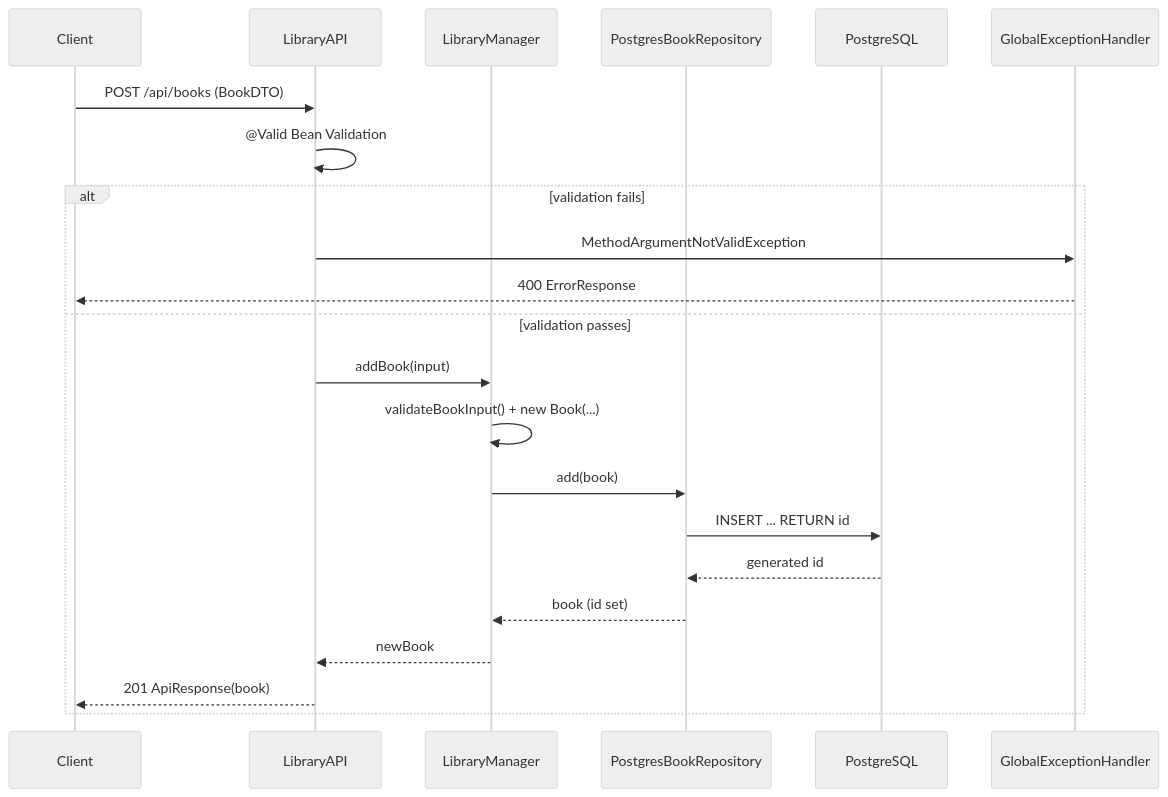
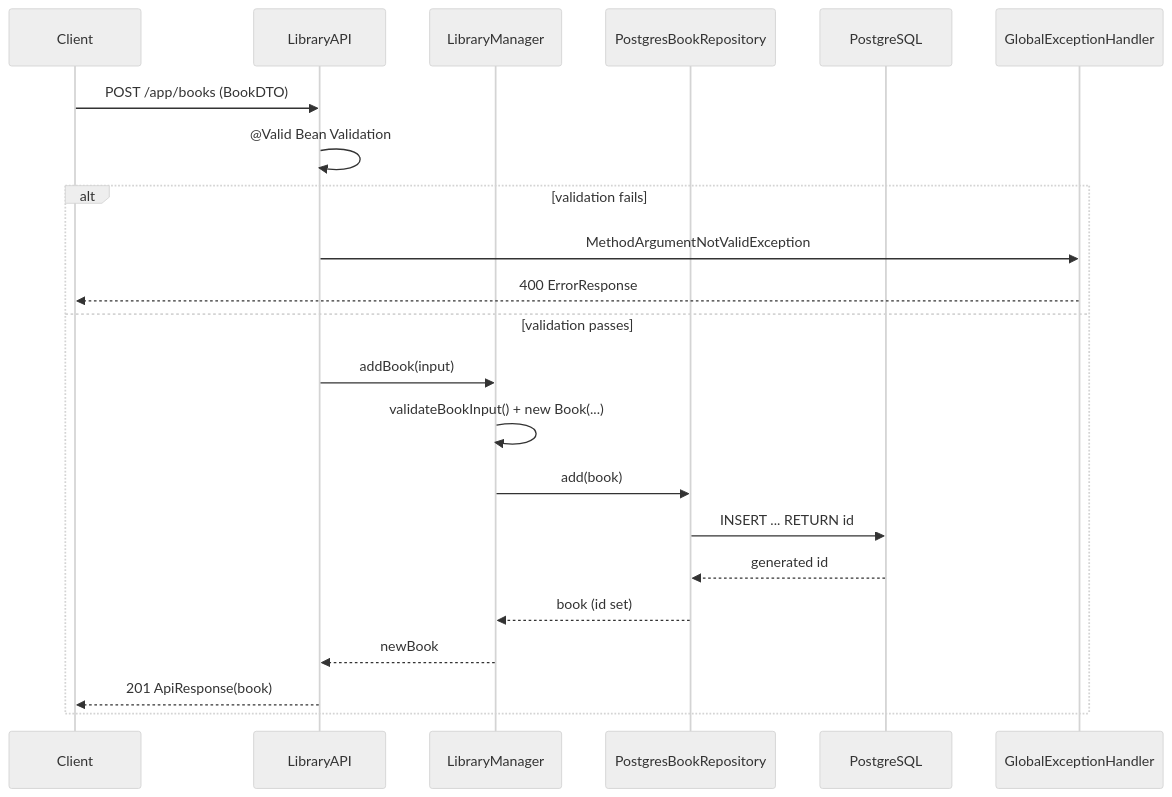
Before and after one commit to kyledelfin2006/library-api-system: the second of 2 diagrams in README.md, drawn with Mermaid (neutral theme). The commit also changed other lines of this file and 2 other files, not shown here.

````diff
--- a/README.md
+++ b/README.md
@@ -142,25 +142,25 @@
 ```mermaid
 sequenceDiagram
     participant C as Client
     participant API as LibraryAPI
     participant Mgr as LibraryManager
     participant Repo as PostgresBookRepository
     participant DB as PostgreSQL
     participant Err as GlobalExceptionHandler
 
-    C->>API: POST /api/books (BookDTO)
+    C->>API: POST /app/books (BookDTO)
     API->>API: @Valid Bean Validation
     alt validation fails
         API->>Err: MethodArgumentNotValidException
         Err-->>C: 400 ErrorResponse
     else validation passes
         API->>Mgr: addBook(input)
         Mgr->>Mgr: validateBookInput() + new Book(...)
         Mgr->>Repo: add(book)
         Repo->>DB: INSERT ... RETURN id
         DB-->>Repo: generated id
         Repo-->>Mgr: book (id set)
         Mgr-->>API: newBook
         API-->>C: 201 ApiResponse(book)
     end
 ```
````
